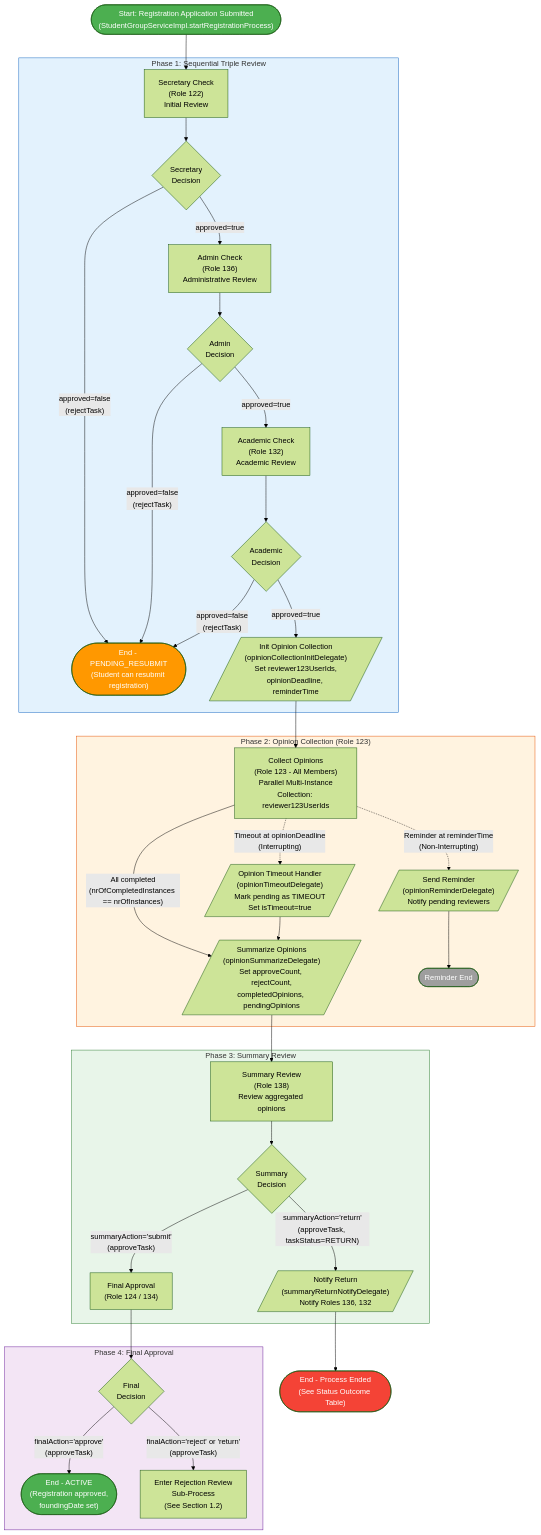
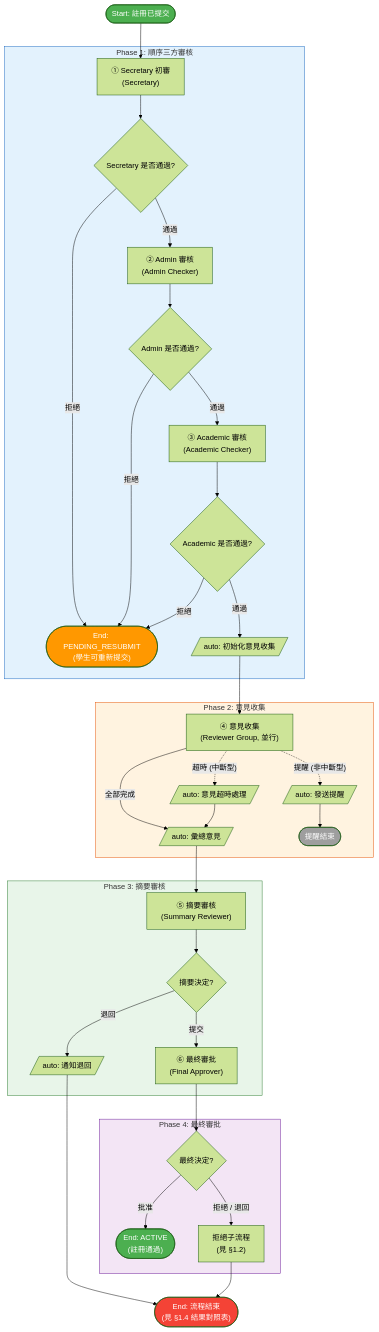
The first of 7 diagrams in student-org-workflow-flowcharts.md (OneStar-Projects/SLAS-Docs), drawn with Mermaid (forest theme) before and after one commit. The commit also changed other lines of this file and 1 other file, not shown here.

````diff
--- a/student-org-workflow-flowcharts.md
+++ b/student-org-workflow-flowcharts.md
@@ -11,76 +67,69 @@
 ```mermaid
 flowchart TD
-    Start(["Start: Registration Application Submitted<br>(StudentGroupServiceImpl.startRegistrationProcess)"])
+    Start(["Start: 註冊已提交"])
     Start --> SecretaryCheck
 
-    subgraph Phase1["Phase 1: Sequential Triple Review"]
-        SecretaryCheck["Secretary Check<br>(Role 122)<br>Initial Review"]
-        SecretaryCheck --> SecretaryGate{Secretary<br>Decision}
-        SecretaryGate -->|"approved=true"| AdminCheck
-        SecretaryGate -->|"approved=false<br>(rejectTask)"| EndResubmit1
+    subgraph Phase1["Phase 1: 順序三方審核"]
+        SecretaryCheck["① Secretary 初審<br/>(Secretary)"]
+        SecretaryCheck --> SecretaryGate{Secretary 是否通過?}
+        SecretaryGate -->|"通過"| AdminCheck
+        SecretaryGate -->|"拒絕"| EndResubmit
 
-        AdminCheck["Admin Check<br>(Role 136)<br>Administrative Review"]
-        AdminCheck --> AdminGate{Admin<br>Decision}
-        AdminGate -->|"approved=true"| AcademicCheck
-        AdminGate -->|"approved=false<br>(rejectTask)"| EndResubmit1
+        AdminCheck["② Admin 審核<br/>(Admin Checker)"]
+        AdminCheck --> AdminGate{Admin 是否通過?}
+        AdminGate -->|"通過"| AcademicCheck
+        AdminGate -->|"拒絕"| EndResubmit
 
-        AcademicCheck["Academic Check<br>(Role 132)<br>Academic Review"]
-        AcademicCheck --> AcademicGate{Academic<br>Decision}
-        AcademicGate -->|"approved=true"| InitOpinion
-        AcademicGate -->|"approved=false<br>(rejectTask)"| EndResubmit1
+        AcademicCheck["③ Academic 審核<br/>(Academic Checker)"]
+        AcademicCheck --> AcademicGate{Academic 是否通過?}
+        AcademicGate -->|"通過"| InitOpinion
+        AcademicGate -->|"拒絕"| EndResubmit
 
-        EndResubmit1(["End - PENDING_RESUBMIT<br>(Student can resubmit registration)"])
+        EndResubmit(["End: PENDING_RESUBMIT<br/>(學生可重新提交)"])
     end
 
-    subgraph Phase2["Phase 2: Opinion Collection (Role 123)"]
-        InitOpinion[/"Init Opinion Collection<br>(opinionCollectionInitDelegate)<br>Set reviewer123UserIds,<br>opinionDeadline, reminderTime"/]
-        InitOpinion --> CollectOpinions
+    subgraph Phase2["Phase 2: 意見收集"]
+        InitOpinion[/"auto: 初始化意見收集"/]
+        InitOpinion --> CollectOpinions["④ 意見收集<br/>(Reviewer Group, 並行)"]
 
-        CollectOpinions["Collect Opinions<br>(Role 123 - All Members)<br>Parallel Multi-Instance<br>Collection: reviewer123UserIds"]
+        CollectOpinions -->|"全部完成"| SummarizeOpinions
+        CollectOpinions -.->|"超時 (中斷型)"| TimeoutHandler[/"auto: 意見超時處理"/]
+        CollectOpinions -.->|"提醒 (非中斷型)"| SendReminder[/"auto: 發送提醒"/]
 
-        CollectOpinions -->|"All completed<br>(nrOfCompletedInstances == nrOfInstances)"| SummarizeOpinions
-        CollectOpinions -.->|"Timeout at opinionDeadline<br>(Interrupting)"| TimeoutHandler
-        CollectOpinions -.->|"Reminder at reminderTime<br>(Non-Interrupting)"| SendReminder
-
-        TimeoutHandler[/"Opinion Timeout Handler<br>(opinionTimeoutDelegate)<br>Mark pending as TIMEOUT<br>Set isTimeout=true"/]
         TimeoutHandler --> SummarizeOpinions
-
-        SendReminder[/"Send Reminder<br>(opinionReminderDelegate)<br>Notify pending reviewers"/]
-        SendReminder --> ReminderEnd([Reminder End])
+        SendReminder --> ReminderEnd(["提醒結束"])
     end
 
-    subgraph Phase3["Phase 3: Summary Review"]
-        SummarizeOpinions[/"Summarize Opinions<br>(opinionSummarizeDelegate)<br>Set approveCount, rejectCount,<br>completedOpinions, pendingOpinions"/]
-        SummarizeOpinions --> SummaryReview
-
-        SummaryReview["Summary Review<br>(Role 138)<br>Review aggregated opinions"]
-        SummaryReview --> SummaryGate{Summary<br>Decision}
-        SummaryGate -->|"summaryAction='submit'<br>(approveTask)"| FinalApproval
-        SummaryGate -->|"summaryAction='return'<br>(approveTask, taskStatus=RETURN)"| NotifyReturn
+    subgraph Phase3["Phase 3: 摘要審核"]
+        SummarizeOpinions[/"auto: 彙總意見"/]
+        SummarizeOpinions --> SummaryReview["⑤ 摘要審核<br/>(Summary Reviewer)"]
+        SummaryReview --> SummaryGate{摘要決定?}
+        SummaryGate -->|"提交"| FinalApproval
+        SummaryGate -->|"退回"| NotifyReturn[/"auto: 通知退回"/]
     end
 
-    subgraph Phase4["Phase 4: Final Approval"]
-        FinalApproval["Final Approval<br>(Role 124 / 134)"]
-        FinalApproval --> FinalGate{Final<br>Decision}
-        FinalGate -->|"finalAction='approve'<br>(approveTask)"| EndApproved
-        FinalGate -->|"finalAction='reject' or 'return'<br>(approveTask)"| RejectionSubProcess
+    subgraph Phase4["Phase 4: 最終審批"]
+        FinalApproval["⑥ 最終審批<br/>(Final Approver)"]
+        FinalApproval --> FinalGate{最終決定?}
+        FinalGate -->|"批准"| EndApproved
+        FinalGate -->|"拒絕 / 退回"| RejectionSubProcess
     end
 
-    NotifyReturn[/"Notify Return<br>(summaryReturnNotifyDelegate)<br>Notify Roles 136, 132"/]
     NotifyReturn --> EndRejected
 
-    RejectionSubProcess["Enter Rejection Review<br>Sub-Process<br>(See Section 1.2)"]
+    RejectionSubProcess["拒絕子流程<br/>(見 §1.2)"]
+    RejectionSubProcess --> EndRejected
 
-    EndApproved(["End - ACTIVE<br>(Registration approved,<br>foundingDate set)"])
-    EndRejected(["End - Process Ended<br>(See Status Outcome Table)"])
+    EndApproved(["End: ACTIVE<br/>(註冊通過)"])
+    EndRejected(["End: 流程結束<br/>(見 §1.4 結果對照表)"])
 
     style Start fill:#4CAF50,color:#fff
     style EndApproved fill:#4CAF50,color:#fff
     style EndRejected fill:#f44336,color:#fff
-    style EndResubmit1 fill:#FF9800,color:#fff
+    style EndResubmit fill:#FF9800,color:#fff
     style ReminderEnd fill:#9E9E9E,color:#fff
     style Phase1 fill:#E3F2FD,stroke:#1565C0
     style Phase2 fill:#FFF3E0,stroke:#E65100
     style Phase3 fill:#E8F5E9,stroke:#2E7D32
     style Phase4 fill:#F3E5F5,stroke:#6A1B9A
 ```
````
